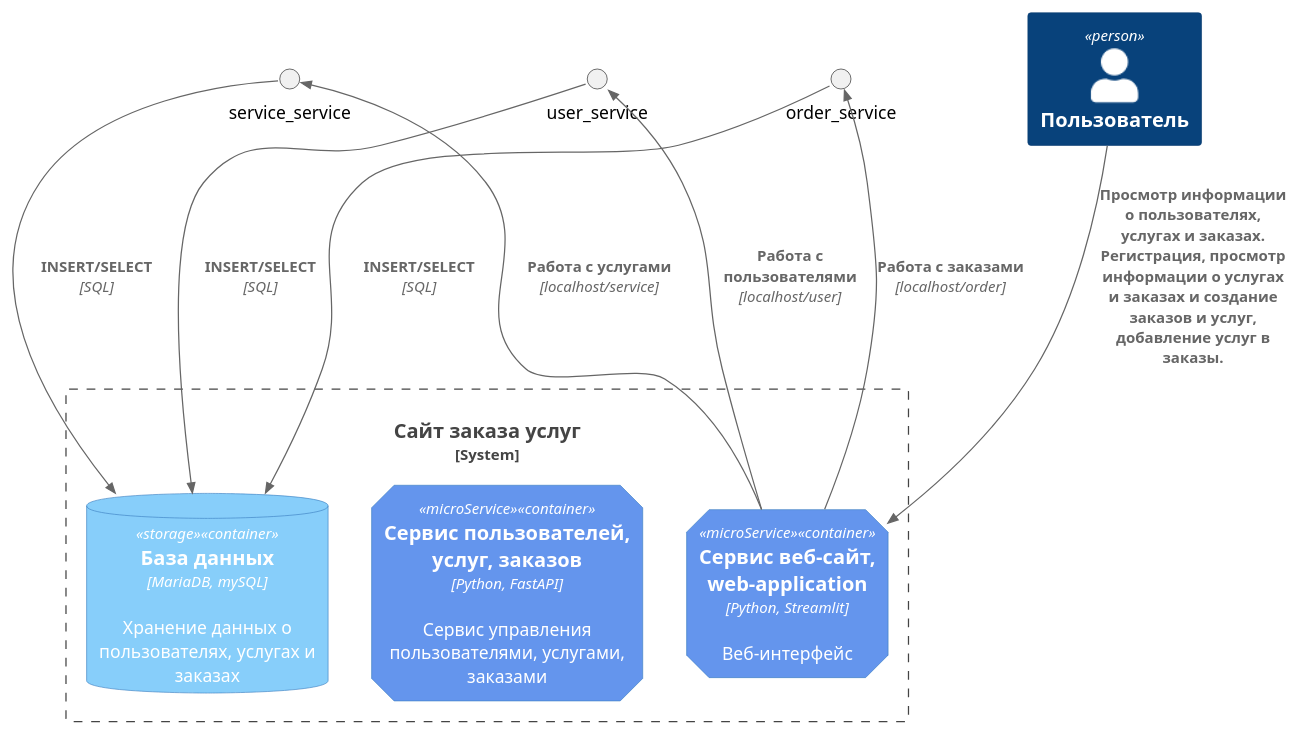
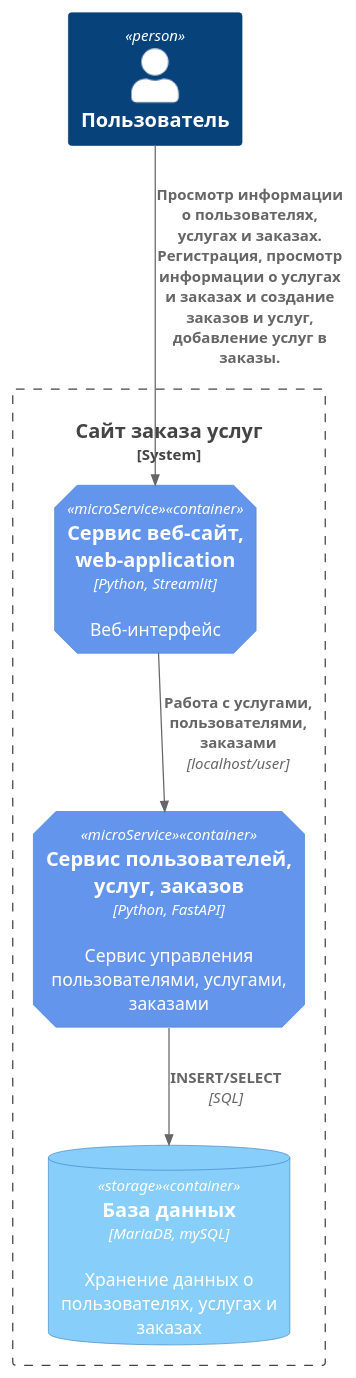
Before and after one commit to KoryakovDmitry/hl_mai_lab_01_python: the diagram in umls/companent_diagram.iuml, drawn with PlantUML.

Commit message:
upd companent_diagram.iuml

```diff
--- a/umls/companent_diagram.iuml
+++ b/umls/companent_diagram.iuml
@@ -1,27 +1,21 @@
 @startuml
 !include https://raw.githubusercontent.com/plantuml-stdlib/C4-PlantUML/master/C4_Container.puml
 
 AddElementTag("microService", $shape=EightSidedShape(), $bgColor="CornflowerBlue", $fontColor="white", $legendText="microservice")
 AddElementTag("storage", $shape=RoundedBoxShape(), $bgColor="lightSkyBlue", $fontColor="white")
 
 Person(user, "Пользователь")
 
 System_Boundary(service_order_site, "Сайт заказа услуг") {
    Container(web_site, "Сервис веб-сайт, web-application", "Python, Streamlit", "Веб-интерфейс", $tags = "microService")
    Container(user_service_order_service, "Сервис пользователей, услуг, заказов", "Python, FastAPI", "Сервис управления пользователями, услугами, заказами", $tags = "microService")
    ContainerDb(db, "База данных", "MariaDB, mySQL", "Хранение данных о пользователях, услугах и заказах", $tags = "storage")
 
 }
 
 Rel(user, web_site, "Просмотр информации о пользователях, услугах и заказах. Регистрация, просмотр информации о услугах и заказах и создание заказов и услуг, добавление услуг в заказы.")
 
-Rel(web_site, user_service, "Работа с пользователями", "localhost/user")
-Rel(user_service, db, "INSERT/SELECT", "SQL")
-
-Rel(web_site, service_service, "Работа с услугами", "localhost/service")
-Rel(service_service, db, "INSERT/SELECT", "SQL")
-
-Rel(web_site, order_service, "Работа с заказами", "localhost/order")
-Rel(order_service, db, "INSERT/SELECT", "SQL")
+Rel(web_site, user_service_order_service, "Работа с услугами, пользователями, заказами", "localhost/user")
+Rel(user_service_order_service, db, "INSERT/SELECT", "SQL")
 
 @enduml
```
